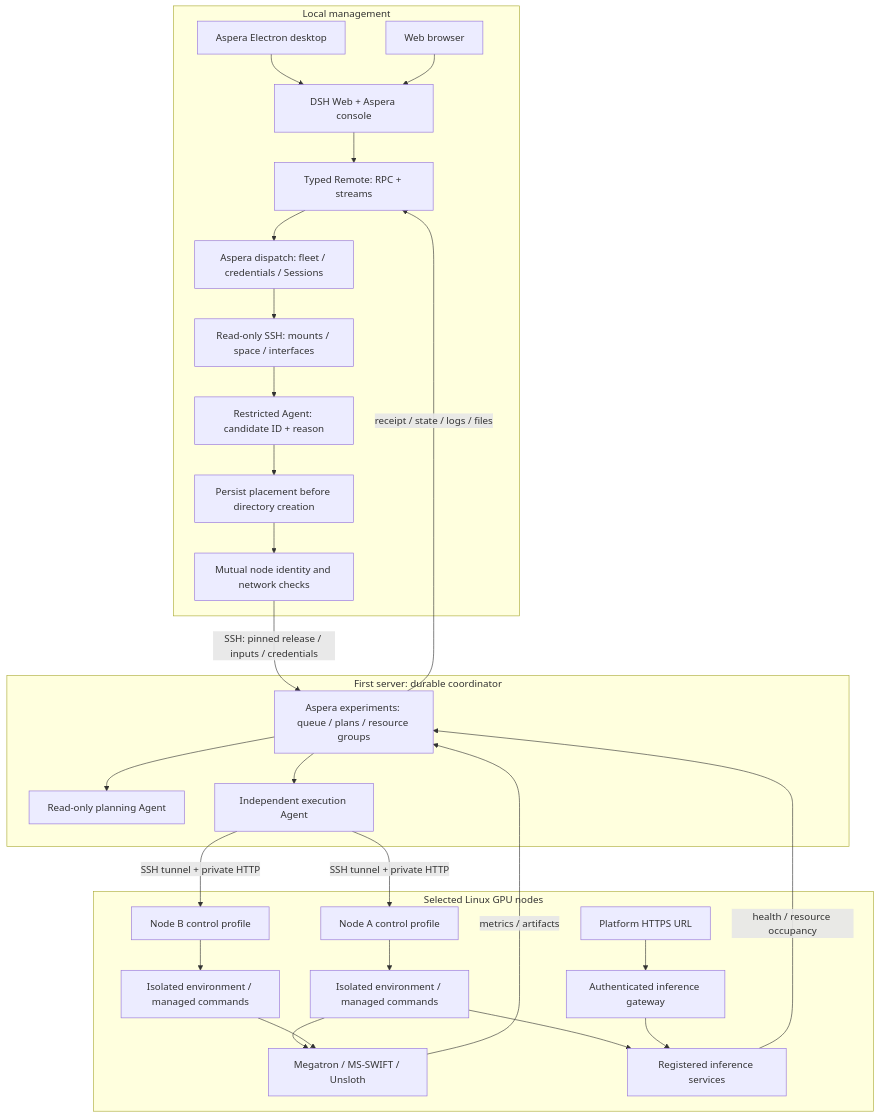
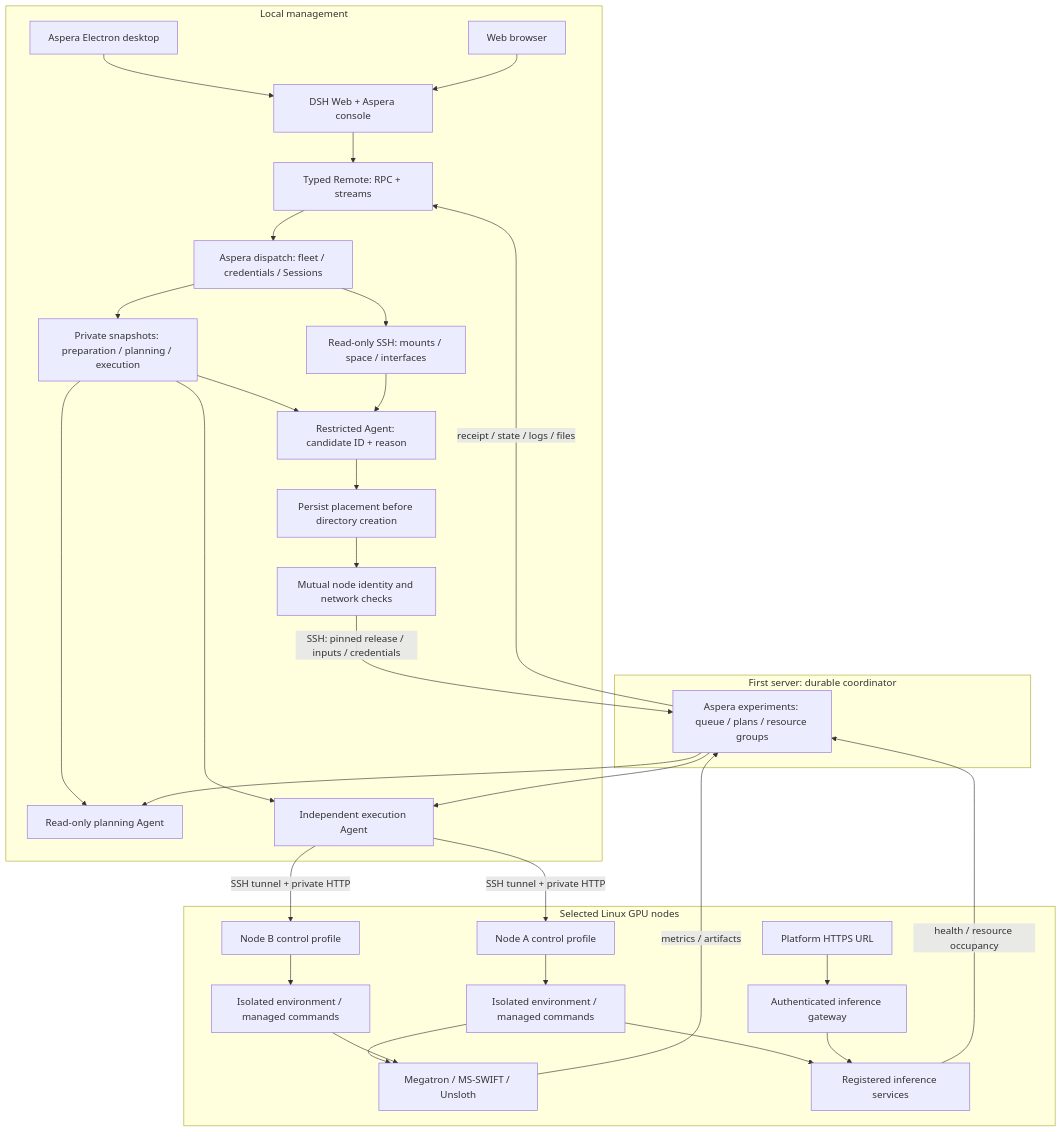
The first of 2 diagrams in extensions/aspera/docs/architecture.md (m4an5you6/aspera-agent), drawn with Mermaid before and after one commit. The commit also changed other lines of this file and 85 other files, not shown here.

````diff
--- a/extensions/aspera/docs/architecture.md
+++ b/extensions/aspera/docs/architecture.md
@@ -38,35 +40,39 @@
 ```mermaid
 flowchart TB
   subgraph Local[Local management]
     Desktop[Aspera Electron desktop] --> Page[DSH Web + Aspera console]
     Browser[Web browser] --> Page
     Page --> Remote[Typed Remote: RPC + streams]
     Remote --> Fleet[Aspera dispatch: fleet / credentials / Sessions]
+    Fleet --> Models[Private snapshots: preparation / planning / execution]
+    Models --> Selection
+    Models --> Planner
+    Models --> Executor
     Fleet --> Inventory[Read-only SSH: mounts / space / interfaces]
     Inventory --> Selection[Restricted Agent: candidate ID + reason]
     Selection --> Placement[Persist placement before directory creation]
     Placement --> Network[Mutual node identity and network checks]
   end
   subgraph Coordinator[First server: durable coordinator]
     Queue[Aspera experiments: queue / plans / resource groups]
     Planner[Read-only planning Agent]
     Executor[Independent execution Agent]
     Queue --> Planner
     Queue --> Executor
   end
   Network -- SSH: pinned release / inputs / credentials --> Queue
   Queue -- receipt / state / logs / files --> Remote
   subgraph Nodes[Selected Linux GPU nodes]
     NodeA[Node A control profile] --> RunA[Isolated environment / managed commands]
     NodeB[Node B control profile] --> RunB[Isolated environment / managed commands]
     RunA --> Frameworks[Megatron / MS-SWIFT / Unsloth]
     RunB --> Frameworks
     RunA --> Service[Registered inference services]
     External[Platform HTTPS URL] --> Gateway[Authenticated inference gateway]
     Gateway --> Service
   end
   Executor -- SSH tunnel + private HTTP --> NodeA
   Executor -- SSH tunnel + private HTTP --> NodeB
   Frameworks -- metrics / artifacts --> Queue
   Service -- health / resource occupancy --> Queue
 ```
````
